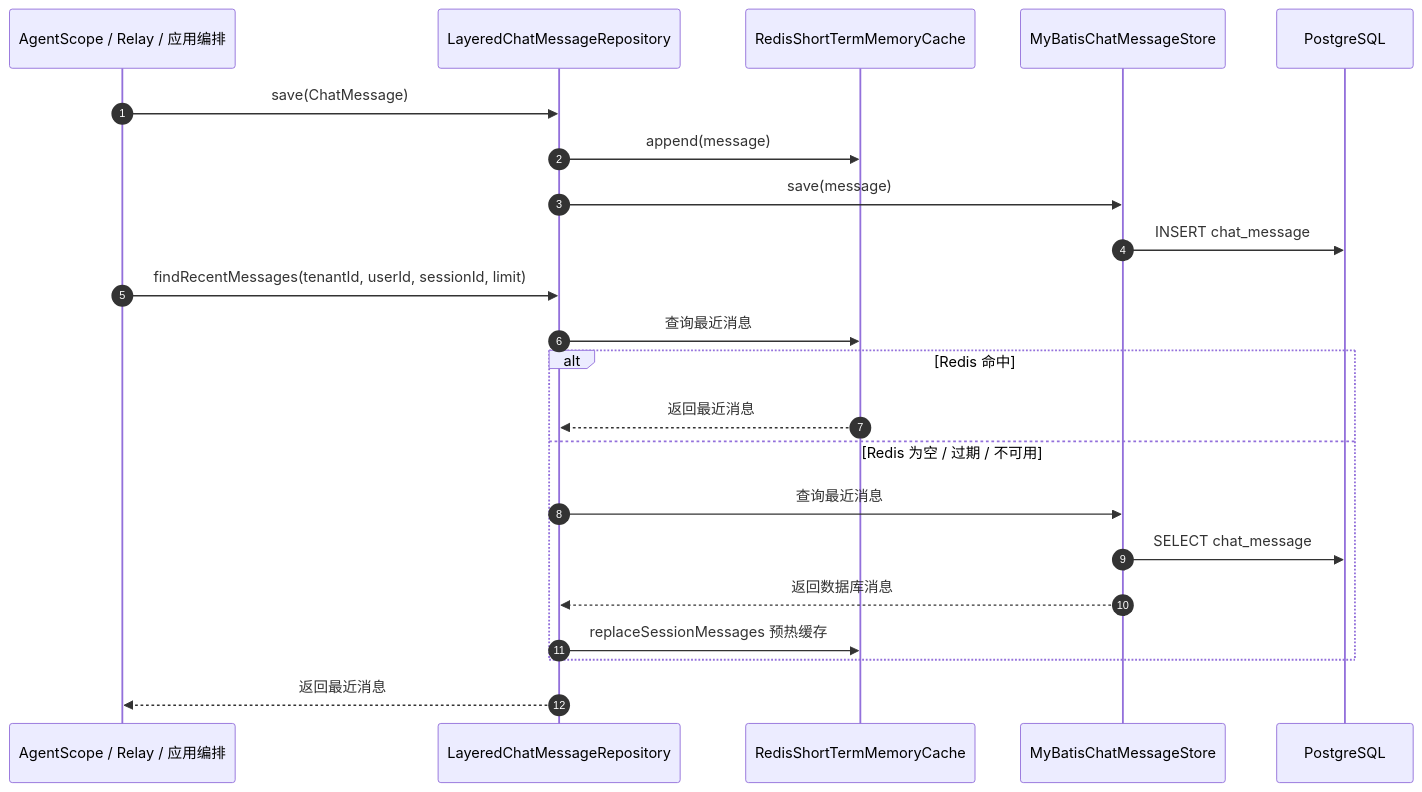
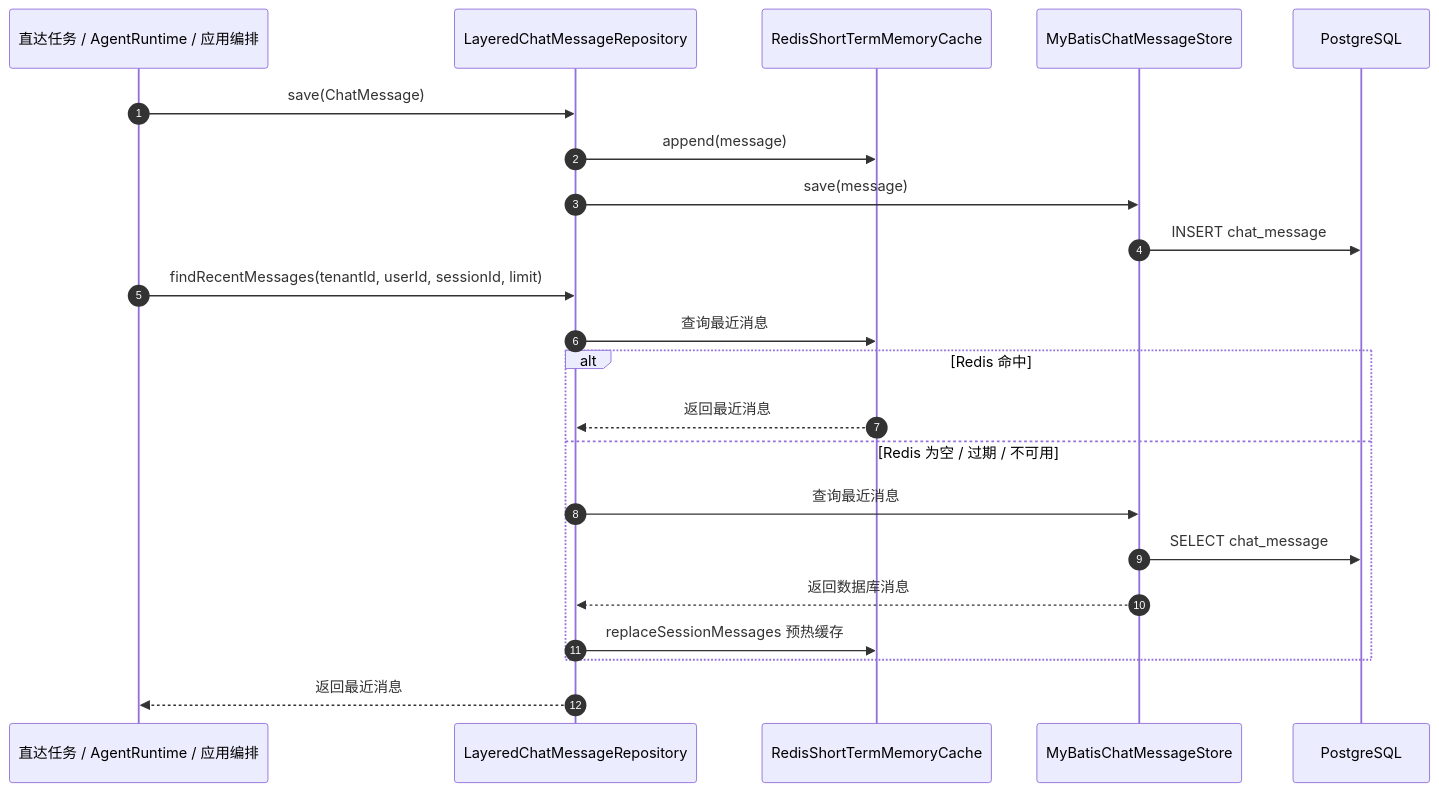
Diagram 13 of 14 in docs/architecture/README.md (kunben-duck/exweb), drawn with Mermaid before and after one commit. The commit also changed other lines of this file and 39 other files, not shown here.

Commit message:
Refactor chat routing to unified agent runtime

````diff
--- a/docs/architecture/README.md
+++ b/docs/architecture/README.md
@@ -254,26 +596,26 @@
 ```mermaid
 sequenceDiagram
     autonumber
-    participant Agent as AgentScope / Relay / 应用编排
+    participant Flow as 直达任务 / AgentRuntime / 应用编排
     participant Repo as LayeredChatMessageRepository
     participant Redis as RedisShortTermMemoryCache
     participant DB as MyBatisChatMessageStore
     participant PG as PostgreSQL
 
-    Agent->>Repo: save(ChatMessage)
+    Flow->>Repo: save(ChatMessage)
     Repo->>Redis: append(message)
     Repo->>DB: save(message)
     DB->>PG: INSERT chat_message
 
-    Agent->>Repo: findRecentMessages(tenantId, userId, sessionId, limit)
+    Flow->>Repo: findRecentMessages(tenantId, userId, sessionId, limit)
     Repo->>Redis: 查询最近消息
     alt Redis 命中
         Redis-->>Repo: 返回最近消息
     else Redis 为空 / 过期 / 不可用
         Repo->>DB: 查询最近消息
         DB->>PG: SELECT chat_message
         DB-->>Repo: 返回数据库消息
         Repo->>Redis: replaceSessionMessages 预热缓存
     end
-    Repo-->>Agent: 返回最近消息
+    Repo-->>Flow: 返回最近消息
 ```
````
